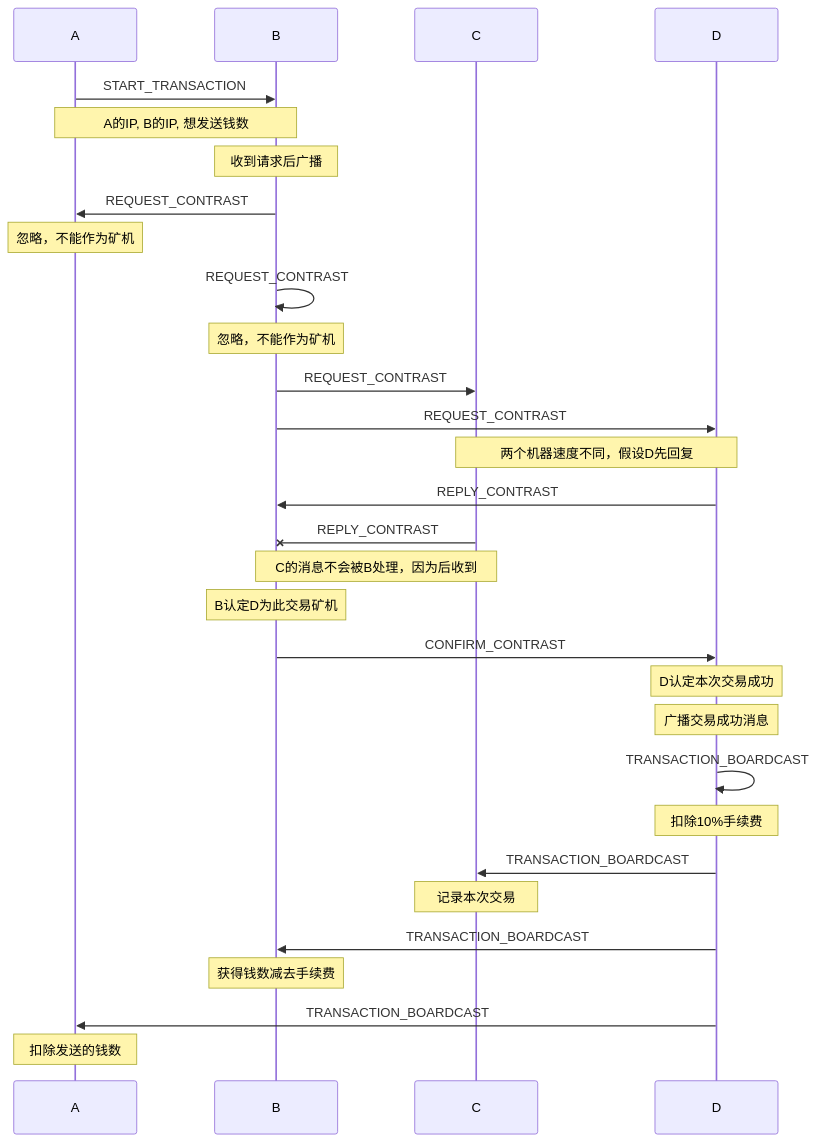
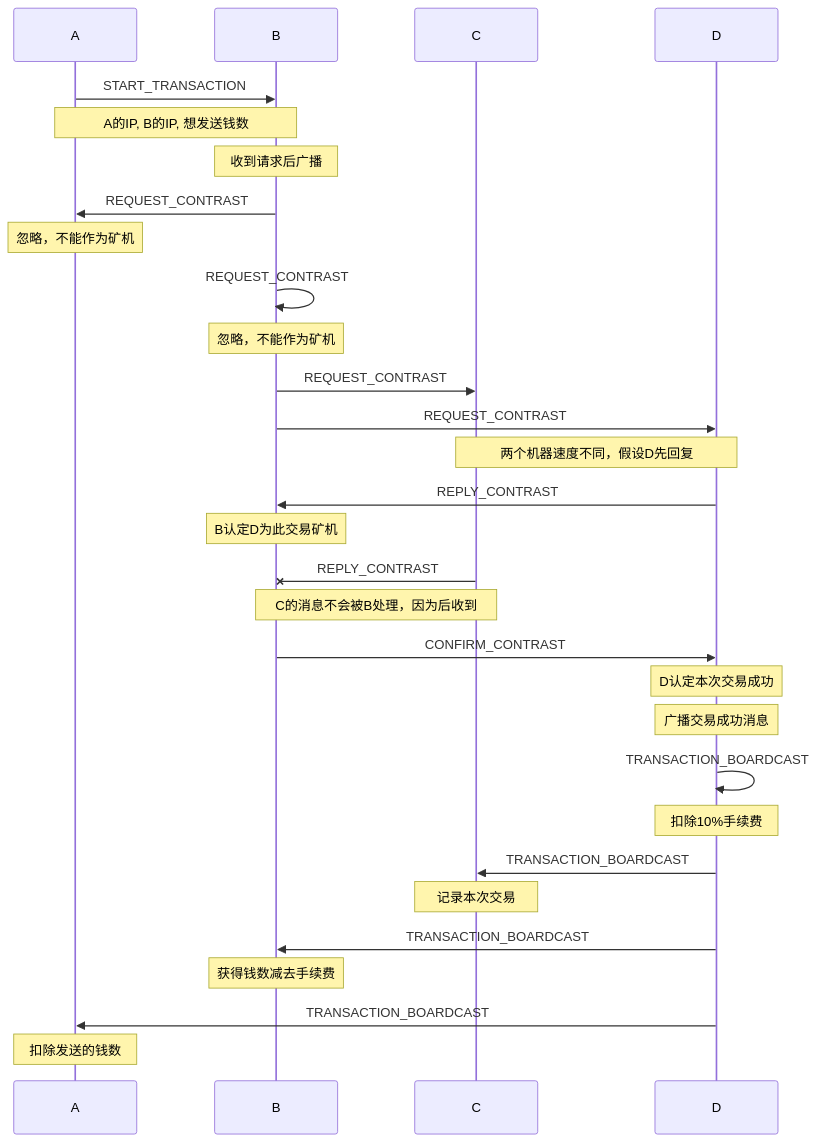
Before and after one commit to yuewuo/XinuLabFinal: the second of 2 diagrams in README.md, drawn with Mermaid. The commit also changed other lines of this file, not shown here.

````diff
--- a/README.md
+++ b/README.md
@@ -59,28 +59,28 @@
 ```mermaid
 sequenceDiagram
 A->>B: START_TRANSACTION
 Note over A,B: A的IP, B的IP, 想发送钱数
 Note over B: 收到请求后广播
 B->>A: REQUEST_CONTRAST
 Note over A: 忽略，不能作为矿机
 B->>B: REQUEST_CONTRAST
 Note over B: 忽略，不能作为矿机
 B->>C: REQUEST_CONTRAST
 B->>D: REQUEST_CONTRAST
 Note over C,D: 两个机器速度不同，假设D先回复
 D->>B: REPLY_CONTRAST
+Note over B: B认定D为此交易矿机
 C-xB: REPLY_CONTRAST
 Note over C,B: C的消息不会被B处理，因为后收到
-Note over B: B认定D为此交易矿机
 B->>D: CONFIRM_CONTRAST
 Note over D: D认定本次交易成功
 Note over D: 广播交易成功消息
 D->>D: TRANSACTION_BOARDCAST
 Note over D: 扣除10%手续费
 D->>C: TRANSACTION_BOARDCAST
 Note over C: 记录本次交易
 D->>B: TRANSACTION_BOARDCAST
 Note over B: 获得钱数减去手续费
 D->>A: TRANSACTION_BOARDCAST
 Note over A: 扣除发送的钱数
 ```
````
